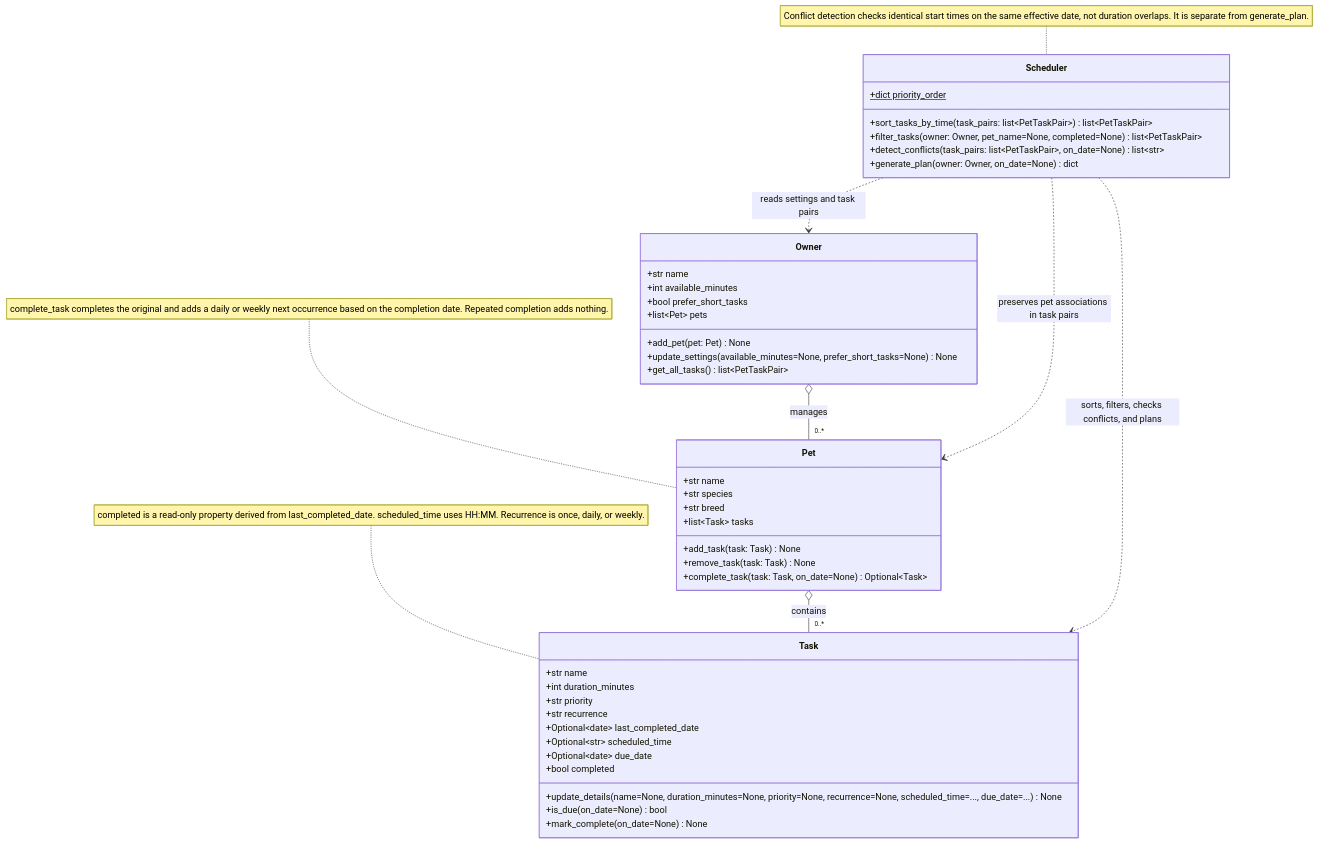
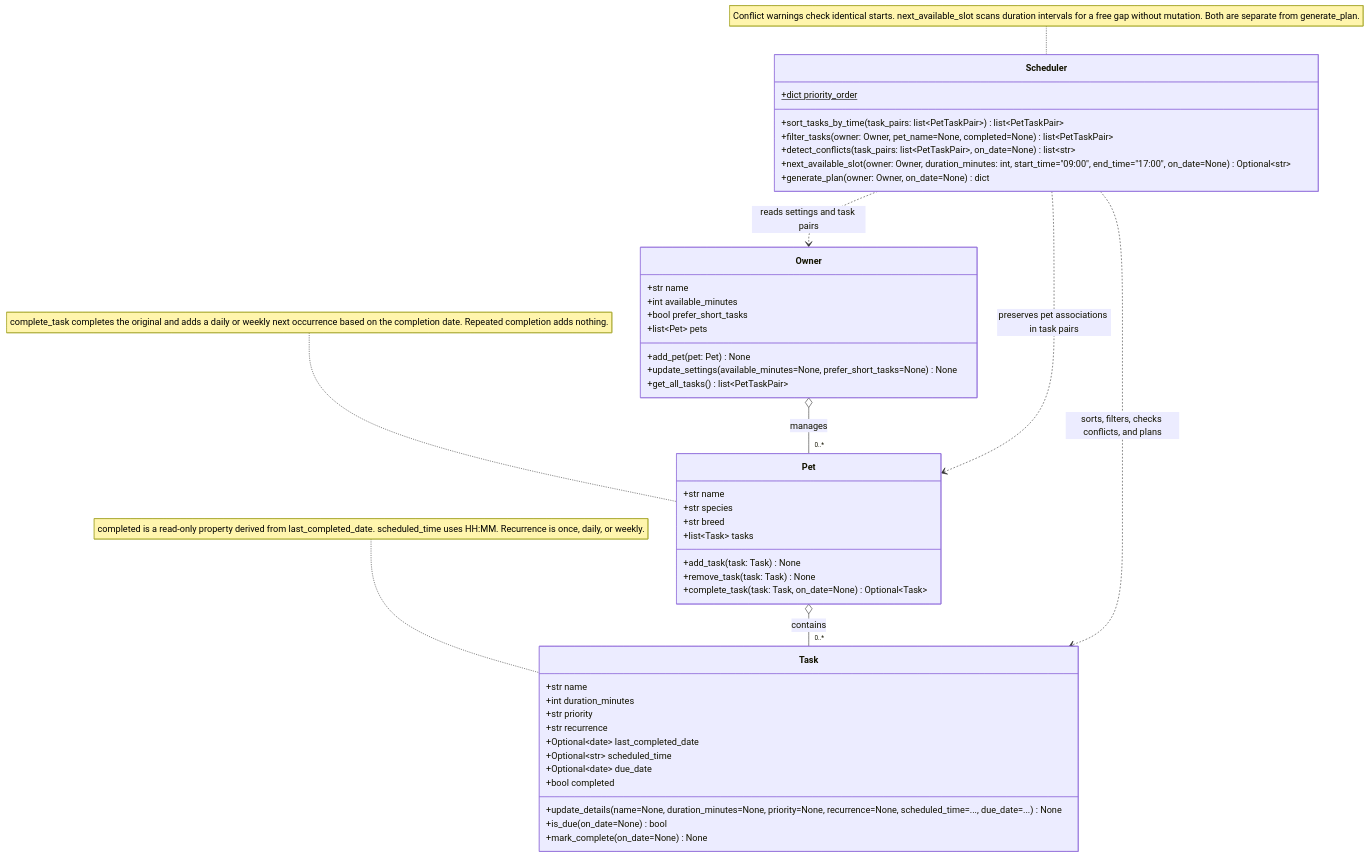
One commit to sudinkatuwal7/ai110-module2show-pawpal-starter changed the diagram in diagrams/uml.mmd. Above: the diagram before and after it, drawn with Mermaid. The commit also changed 13 other files, not shown here.

```diff
--- a/diagrams/uml.mmd
+++ b/diagrams/uml.mmd
@@ -1,61 +1,62 @@
 classDiagram
     direction TB
 
     %% Optional~T~ means T or None; PetTaskPair means a tuple of Pet and Task.
     %% dict return types omit key/value annotations for Mermaid readability.
     %% self, generated dataclass constructors, and validation hooks are omitted.
     %% update_settings and update_details accept keyword-only arguments.
     %% In update_details, ... preserves time/date; None explicitly clears them.
 
     class Owner {
         +str name
         +int available_minutes
         +bool prefer_short_tasks
         +list~Pet~ pets
         +add_pet(pet: Pet) None
         +update_settings(available_minutes=None, prefer_short_tasks=None) None
         +get_all_tasks() list~PetTaskPair~
     }
 
     class Pet {
         +str name
         +str species
         +str breed
         +list~Task~ tasks
         +add_task(task: Task) None
         +remove_task(task: Task) None
         +complete_task(task: Task, on_date=None) Optional~Task~
     }
 
     class Task {
         +str name
         +int duration_minutes
         +str priority
         +str recurrence
         +Optional~date~ last_completed_date
         +Optional~str~ scheduled_time
         +Optional~date~ due_date
         +bool completed
         +update_details(name=None, duration_minutes=None, priority=None, recurrence=None, scheduled_time=..., due_date=...) None
         +is_due(on_date=None) bool
         +mark_complete(on_date=None) None
     }
 
     class Scheduler {
         +dict priority_order$
         +sort_tasks_by_time(task_pairs: list~PetTaskPair~) list~PetTaskPair~
         +filter_tasks(owner: Owner, pet_name=None, completed=None) list~PetTaskPair~
         +detect_conflicts(task_pairs: list~PetTaskPair~, on_date=None) list~str~
+        +next_available_slot(owner: Owner, duration_minutes: int, start_time="09:00", end_time="17:00", on_date=None) Optional~str~
         +generate_plan(owner: Owner, on_date=None) dict
     }
 
     %% Aggregation describes stored collections, not exclusive lifetime ownership.
     Owner o-- "0..*" Pet : manages
     Pet o-- "0..*" Task : contains
     Scheduler ..> Owner : reads settings and task pairs
     Scheduler ..> Pet : preserves pet associations in task pairs
     Scheduler ..> Task : sorts, filters, checks conflicts, and plans
 
     note for Task "completed is a read-only property derived from last_completed_date. scheduled_time uses HH:MM. Recurrence is once, daily, or weekly."
     note for Pet "complete_task completes the original and adds a daily or weekly next occurrence based on the completion date. Repeated completion adds nothing."
-    note for Scheduler "Conflict detection checks identical start times on the same effective date, not duration overlaps. It is separate from generate_plan."
+    note for Scheduler "Conflict warnings check identical starts. next_available_slot scans duration intervals for a free gap without mutation. Both are separate from generate_plan."
```
